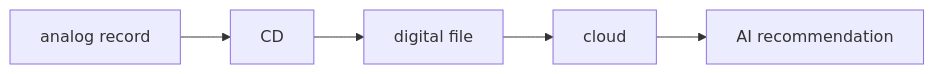
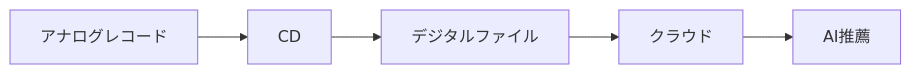
The second of 2 diagrams in en/_posts/2026-03-21-column-dj-culture-digital.md (monumental-movement/monumental-movement.github.io), drawn with Mermaid before and after one commit. The commit also changed other lines of this file and 2196 other files, not shown here.

```diff
--- a/en/_posts/2026-03-21-column-dj-culture-digital.md
+++ b/en/_posts/2026-03-21-column-dj-culture-digital.md
@@ -149,7 +149,7 @@
 <div class="mermaid">
 flowchart LR
-    A[analog record] --> B[CD]
-    B --> C[digital file]
-    C --> D[cloud]
-    D --> E[AI recommendation]
+    A[アナログレコード] --> B[CD]
+    B --> C[デジタルファイル]
+    C --> D[クラウド]
+    D --> E[AI推薦]
 </div>
```
